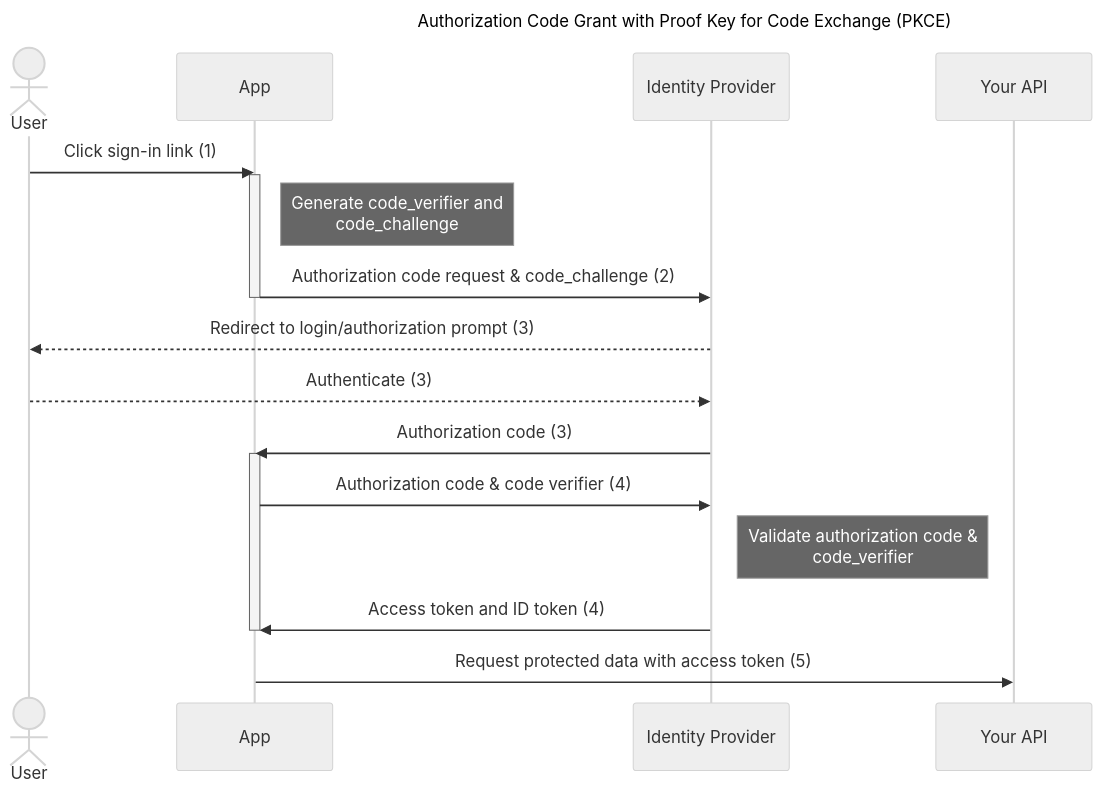
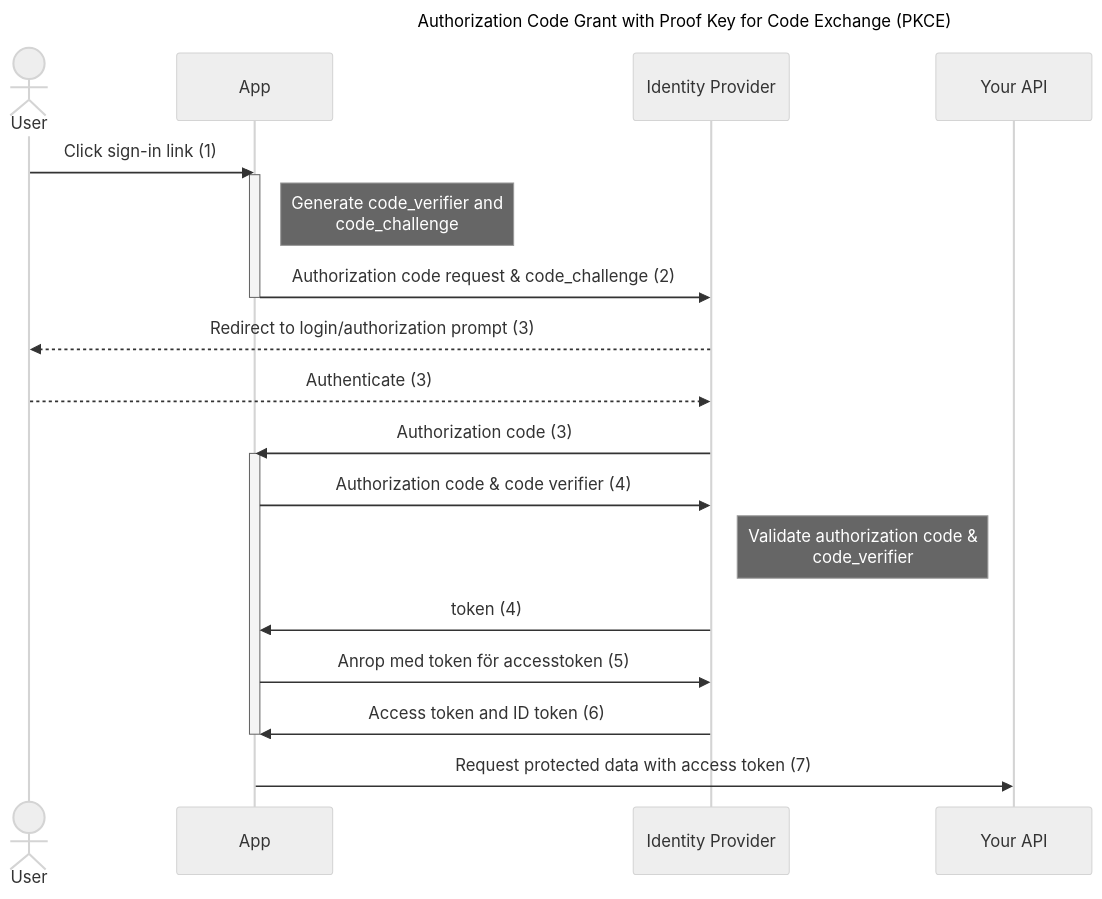
Before and after one commit to ztaff/jitsi-terraform: the diagram in Readme.md, drawn with Mermaid (neutral theme).

````diff
--- a/Readme.md
+++ b/Readme.md
@@ -9,25 +9,29 @@
 ```mermaid
 ---
 title: Authorization Code Grant with Proof Key for Code Exchange (PKCE)
 ---
 sequenceDiagram
   actor User
   User->>App: Click sign-in link (1)
 
   activate App
   Note right of App: Generate code_verifier and<br/>code_challenge
   App->>Identity Provider: Authorization code request & code_challenge (2)
   deactivate App
 
   Identity Provider-->>User: Redirect to login/authorization prompt (3)
   User-->>Identity Provider: Authenticate (3)
   Identity Provider->>App: Authorization code (3)
 
   activate App
   App->>Identity Provider: Authorization code & code verifier (4)
   Note right of Identity Provider: Validate authorization code &<br/>code_verifier
-  Identity Provider->>App: Access token and ID token (4)
+
+  Identity Provider->>App: token  (4)
+  App->>Identity Provider: Anrop med token för accesstoken (5)
+
+  Identity Provider->>App: Access token and ID token (6)
   deactivate App
 
-  App->>Your API: Request protected data with access token (5)
+  App->>Your API: Request protected data with access token (7)
 ```
````
